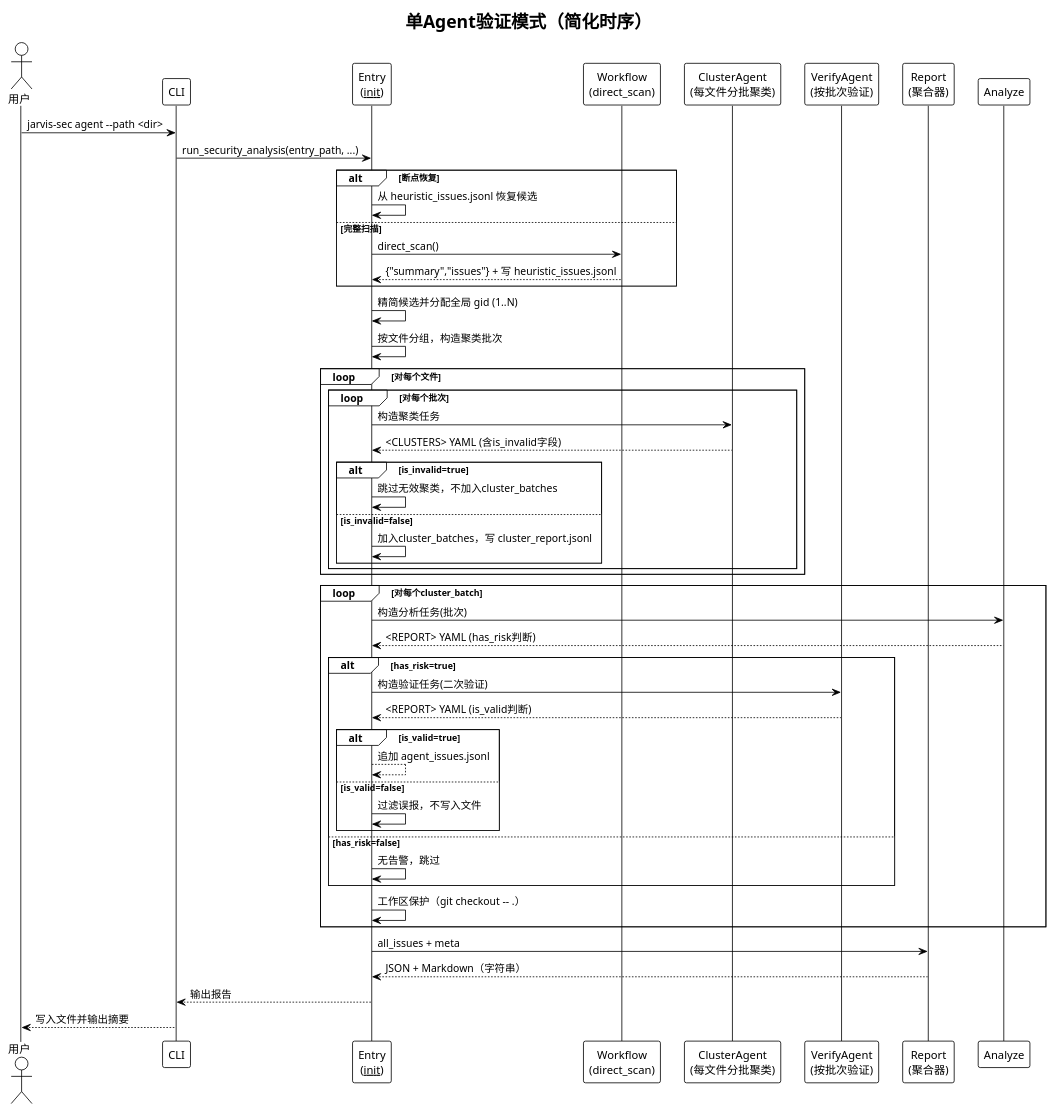
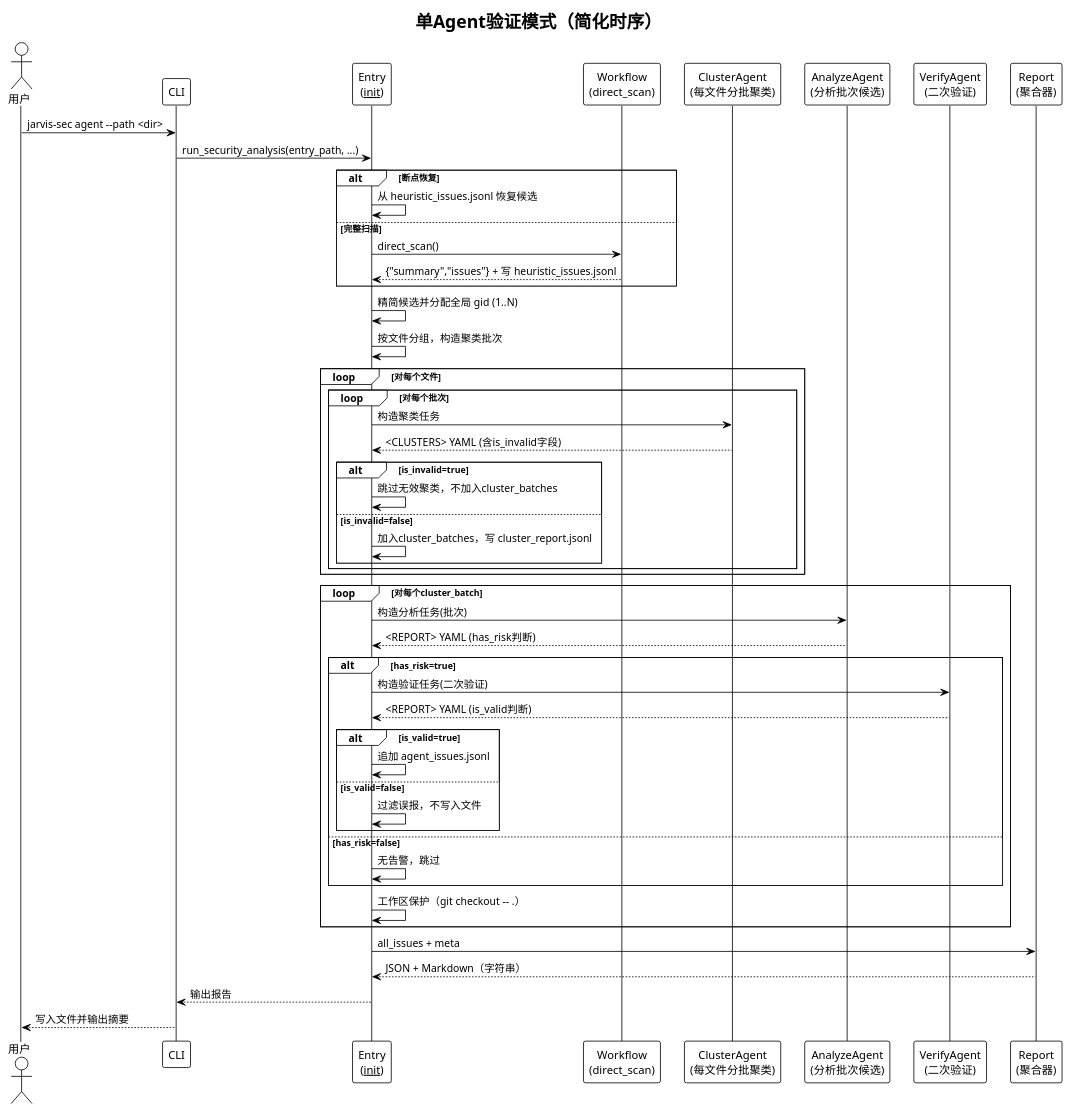
Diagram 35 of 60 in 技术报告.md (skyfireitdiy/Jarvis), drawn with PlantUML before and after one commit.

Commit message:
docs(技术报告): 更新序列图中VerifyAgent的描述和行为
将VerifyAgent的描述从"按批次验证"改为更准确的"二次验证"
修正序列图中Entry的行为箭头标记，将非法指向自身的"-->"改为正确的"->"
新增AnalyzeAgent组件并调整流程顺序，使架构图更符合实际逻辑

````diff
--- a/技术报告.md
+++ b/技术报告.md
@@ -3164,64 +3164,65 @@
 ```plantuml
 @startuml
 !theme plain
 title 单Agent验证模式（简化时序）
 
 actor 用户 as User
 participant "CLI" as CLI
 participant "Entry\n(__init__)" as Entry
 participant "Workflow\n(direct_scan)" as Scan
 participant "ClusterAgent\n(每文件分批聚类)" as Cluster
-participant "VerifyAgent\n(按批次验证)" as Verify
+participant "AnalyzeAgent\n(分析批次候选)" as Analyze
+participant "VerifyAgent\n(二次验证)" as Verify
 participant "Report\n(聚合器)" as Report
 
 User -> CLI : jarvis-sec agent --path <dir>
 CLI -> Entry : run_security_analysis(entry_path, ...)
 
 alt 断点恢复
   Entry -> Entry : 从 heuristic_issues.jsonl 恢复候选
 else 完整扫描
   Entry -> Scan : direct_scan()
   Scan --> Entry : {"summary","issues"} + 写 heuristic_issues.jsonl
 end
 
 Entry -> Entry : 精简候选并分配全局 gid (1..N)
 
 Entry -> Entry : 按文件分组，构造聚类批次
 
 ' 阶段2: 聚类（先完成所有聚类）
 loop 对每个文件
   loop 对每个批次
     Entry -> Cluster : 构造聚类任务
     Cluster --> Entry : <CLUSTERS> YAML (含is_invalid字段)
     alt is_invalid=true
       Entry -> Entry : 跳过无效聚类，不加入cluster_batches
     else is_invalid=false
       Entry -> Entry : 加入cluster_batches，写 cluster_report.jsonl
     end
   end
 end
 
 ' 阶段3: 分析（遍历所有聚类批次）
 loop 对每个cluster_batch
   Entry -> Analyze : 构造分析任务(批次)
   Analyze --> Entry : <REPORT> YAML (has_risk判断)
   alt has_risk=true
     Entry -> Verify : 构造验证任务(二次验证)
     Verify --> Entry : <REPORT> YAML (is_valid判断)
     alt is_valid=true
-      Entry --> Entry : 追加 agent_issues.jsonl
+      Entry -> Entry : 追加 agent_issues.jsonl
     else is_valid=false
       Entry -> Entry : 过滤误报，不写入文件
     end
   else has_risk=false
     Entry -> Entry : 无告警，跳过
   end
   Entry -> Entry : 工作区保护（git checkout -- .）
 end
 
 Entry -> Report : all_issues + meta
 Report --> Entry : JSON + Markdown（字符串）
 Entry --> CLI : 输出报告
 CLI --> User : 写入文件并输出摘要
 @enduml
 ```
````
